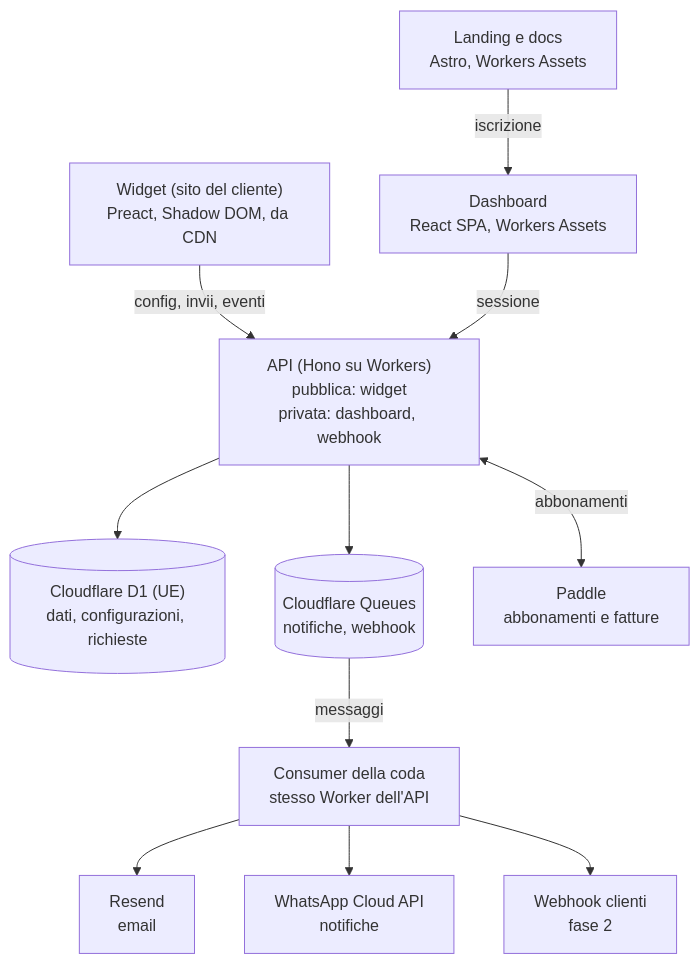
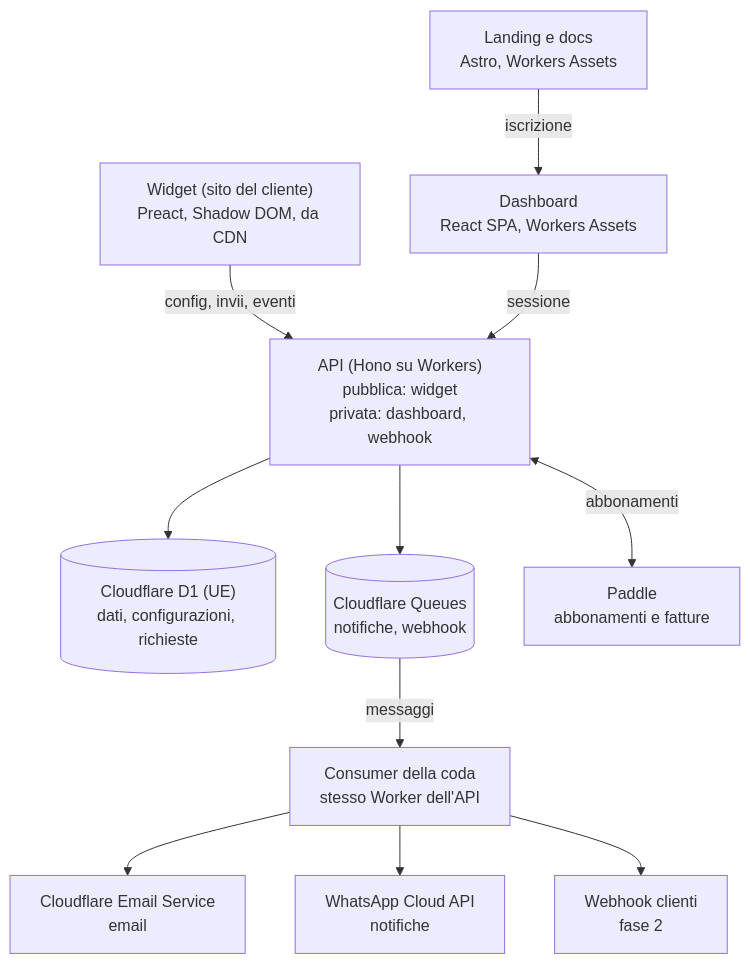
Before and after one commit to OscarIuliano/snippo: the second of 2 diagrams in docs/documentazione-progetto.md, drawn with Mermaid. The commit also changed other lines of this file and 7 other files, not shown here.

First line of the commit message:
Email: drop Resend, Cloudflare Email Service will send once the domain is on Cloudflare

````diff
--- a/docs/documentazione-progetto.md
+++ b/docs/documentazione-progetto.md
@@ -173,25 +173,25 @@
 ```mermaid
 flowchart TB
     W["Widget (sito del cliente)<br/>Preact, Shadow DOM, da CDN"]
     D["Dashboard<br/>React SPA, Workers Assets"]
     L["Landing e docs<br/>Astro, Workers Assets"]
     API["API (Hono su Workers)<br/>pubblica: widget<br/>privata: dashboard, webhook"]
     DB[("Cloudflare D1 (UE)<br/>dati, configurazioni, richieste")]
     Q[("Cloudflare Queues<br/>notifiche, webhook")]
     WK["Consumer della coda<br/>stesso Worker dell'API"]
     P["Paddle<br/>abbonamenti e fatture"]
-    RS["Resend<br/>email"]
+    RS["Cloudflare Email Service<br/>email"]
     WA["WhatsApp Cloud API<br/>notifiche"]
     WH["Webhook clienti<br/>fase 2"]
 
     L -- iscrizione --> D
     W -- "config, invii, eventi" --> API
     D -- sessione --> API
     API --> DB
     API --> Q
     API <-- abbonamenti --> P
     Q -- messaggi --> WK
     WK --> RS
     WK --> WA
     WK --> WH
 ```
````
